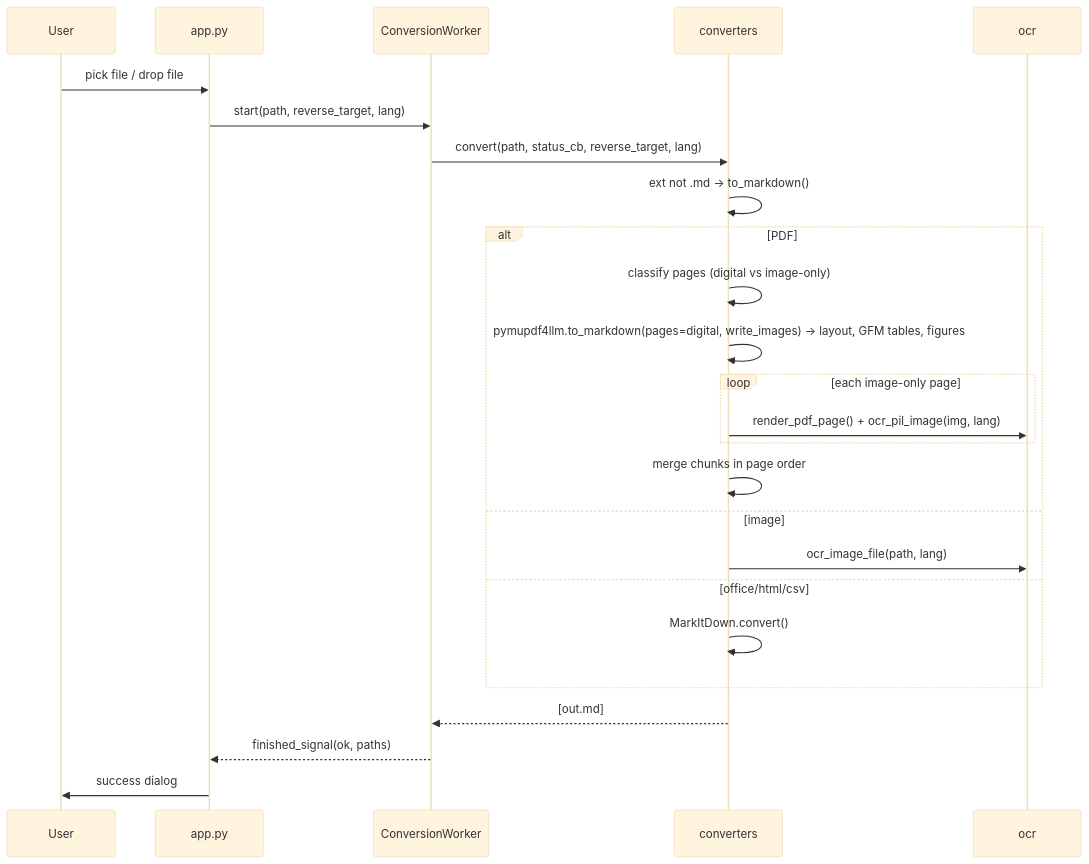
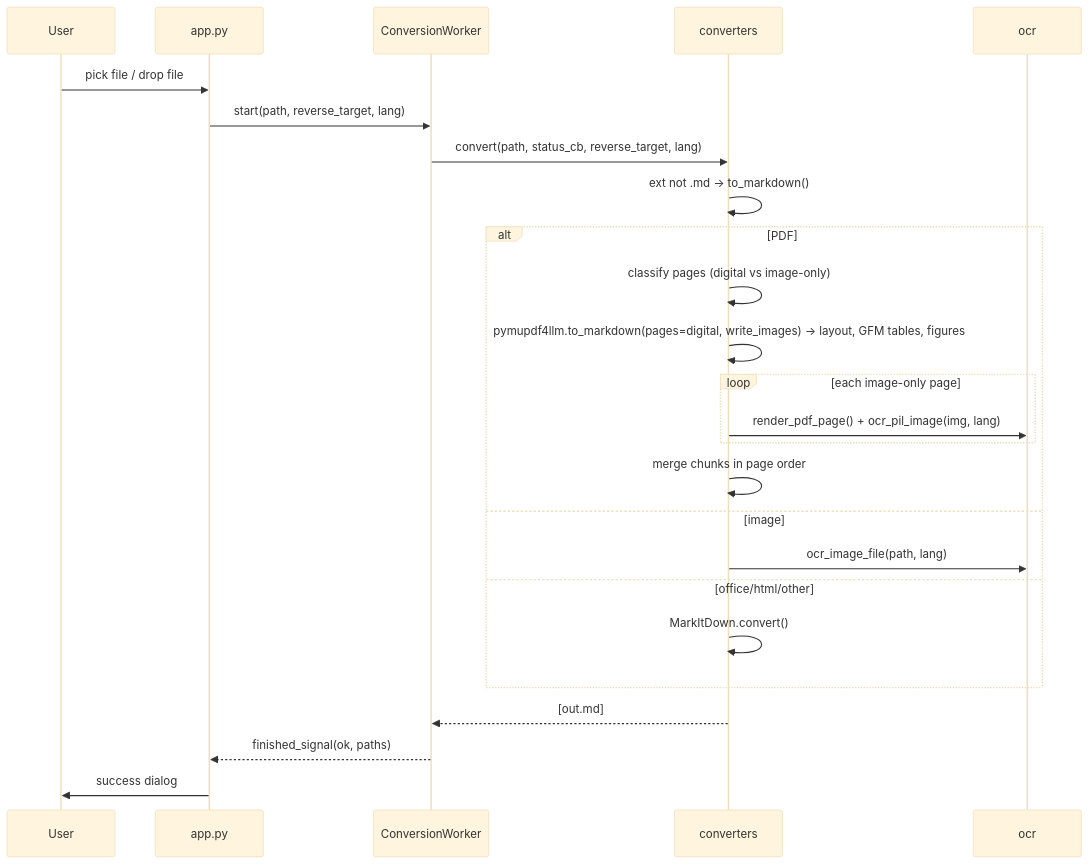
One commit to sameer24688-jpg/MDfier changed the second of 3 diagrams in ARCHITECTURE.md. Above: the diagram before and after it, drawn with Mermaid (base theme). The commit also changed other lines of this file and 1 other file, not shown here.

Commit message:
docs: sync ARCHITECTURE/PLAN with as-built (Lite build, slim deps, no xlsx/csv input)

````diff
--- a/ARCHITECTURE.md
+++ b/ARCHITECTURE.md
@@ -61,27 +64,27 @@
 ```mermaid
 sequenceDiagram
     participant U as User
     participant A as app.py
     participant W as ConversionWorker
     participant C as converters
     participant O as ocr
     U->>A: pick file / drop file
     A->>W: start(path, reverse_target, lang)
     W->>C: convert(path, status_cb, reverse_target, lang)
     C->>C: ext not .md -> to_markdown()
     alt PDF
         C->>C: classify pages (digital vs image-only)
         C->>C: pymupdf4llm.to_markdown(pages=digital, write_images) -> layout, GFM tables, figures
         loop each image-only page
             C->>O: render_pdf_page() + ocr_pil_image(img, lang)
         end
         C->>C: merge chunks in page order
     else image
         C->>O: ocr_image_file(path, lang)
-    else office/html/csv
+    else office/html/other
         C->>C: MarkItDown.convert()
     end
     C-->>W: [out.md]
     W-->>A: finished_signal(ok, paths)
     A->>U: success dialog
 ```
````
